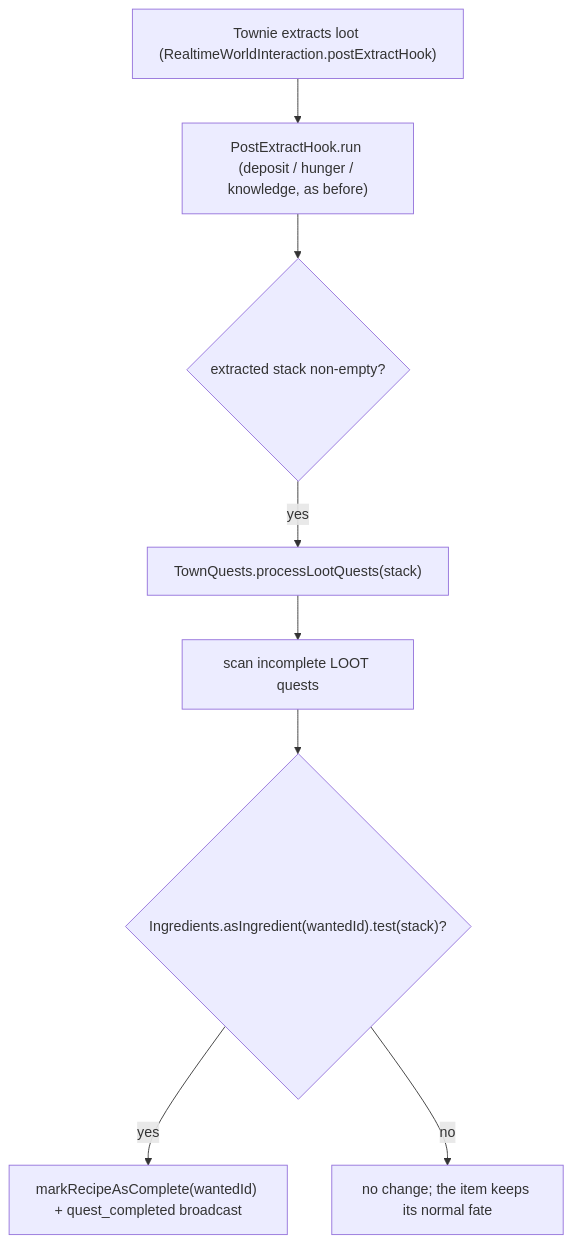
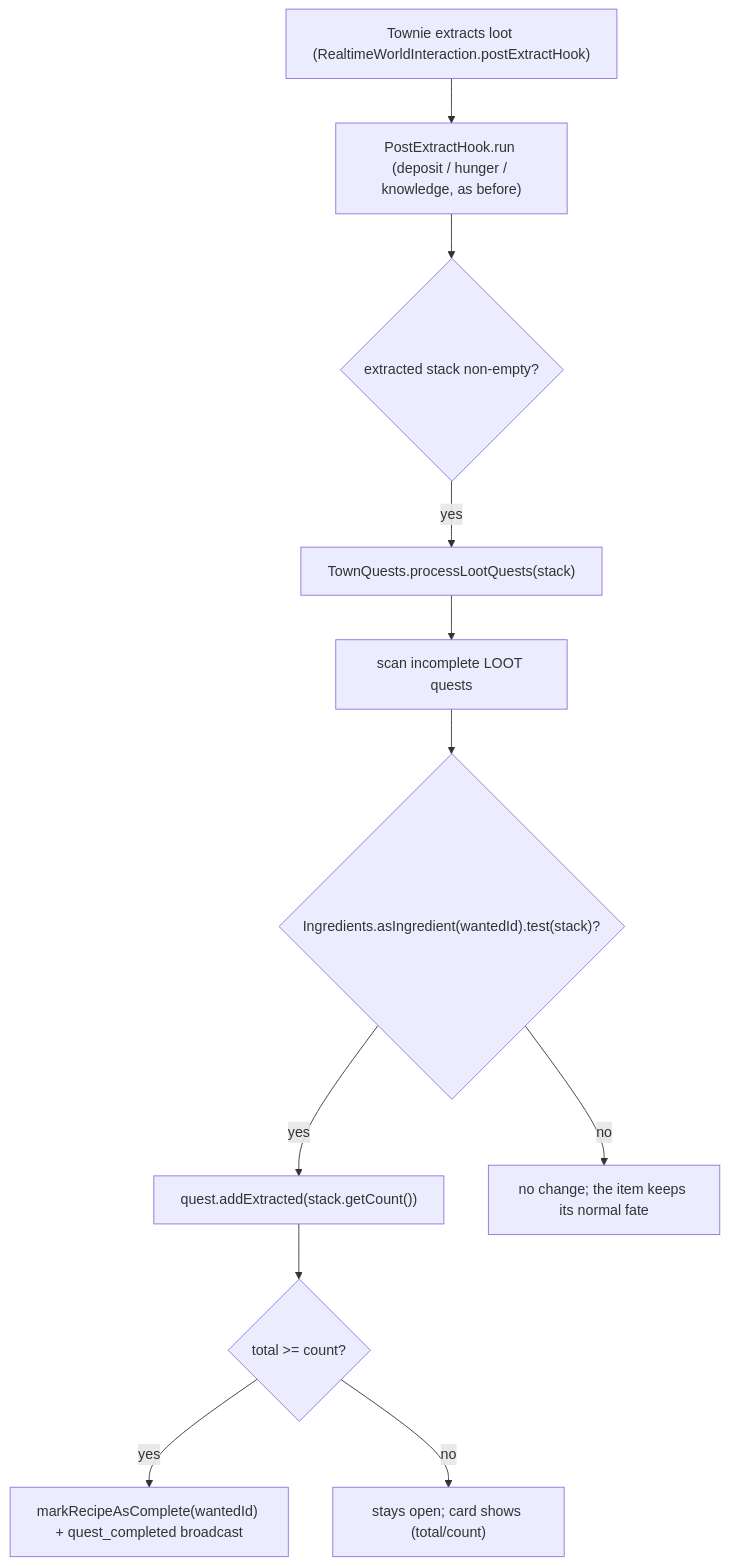
Before and after one commit to bradsk88/Questown: the fourth of 4 diagrams in src/main/java/ca/bradj/questown/town/quests/COMPLEX.md, drawn with Mermaid. The commit also changed other lines of this file and 19 other files, not shown here.

````diff
--- a/src/main/java/ca/bradj/questown/town/quests/COMPLEX.md
+++ b/src/main/java/ca/bradj/questown/town/quests/COMPLEX.md
@@ -145,10 +148,13 @@
 ```mermaid
 flowchart TD
     Ext["Townie extracts loot (RealtimeWorldInteraction.postExtractHook)"] --> Hook["PostExtractHook.run (deposit / hunger / knowledge, as before)"]
     Hook --> Has{"extracted stack non-empty?"}
     Has -- yes --> PLQ["TownQuests.processLootQuests(stack)"]
     PLQ --> Scan["scan incomplete LOOT quests"]
     Scan --> Match{"Ingredients.asIngredient(wantedId).test(stack)?"}
-    Match -- yes --> Done["markRecipeAsComplete(wantedId) + quest_completed broadcast"]
+    Match -- yes --> Acc["quest.addExtracted(stack.getCount())"]
+    Acc --> Thr{"total >= count?"}
+    Thr -- yes --> Done["markRecipeAsComplete(wantedId) + quest_completed broadcast"]
+    Thr -- no --> Stay["stays open; card shows (total/count)"]
     Match -- no --> Skip["no change; the item keeps its normal fate"]
 ```
````
